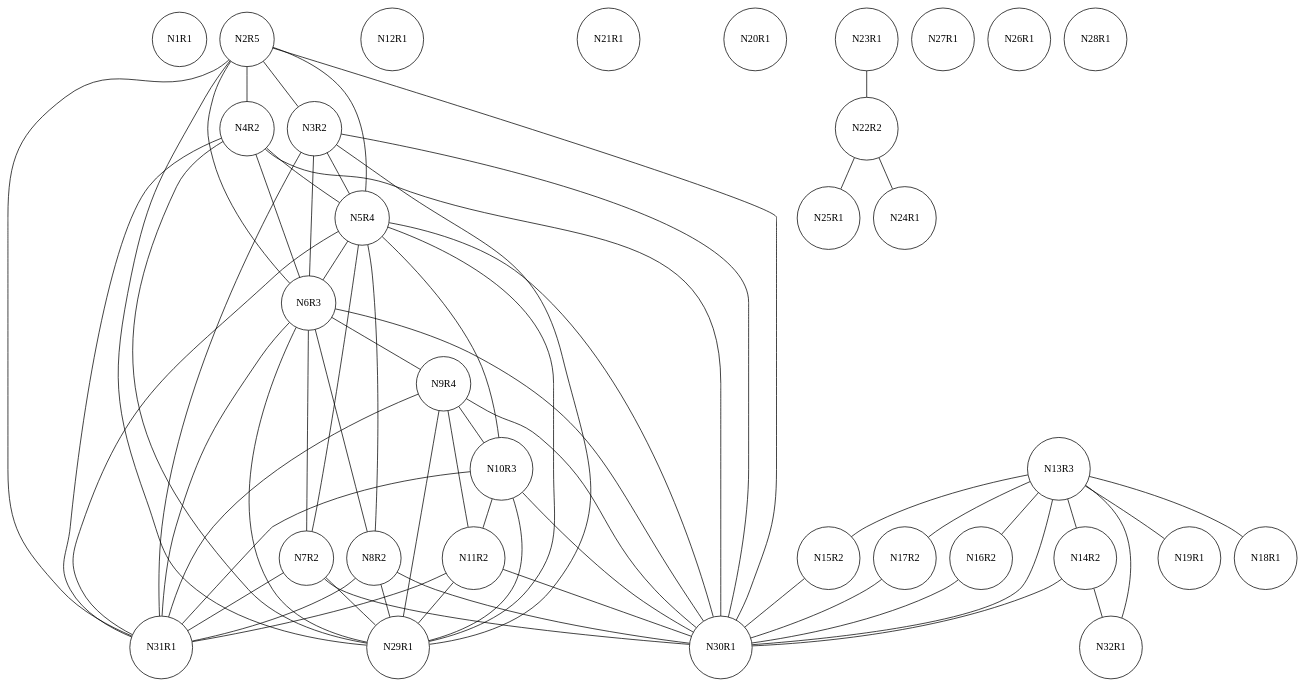
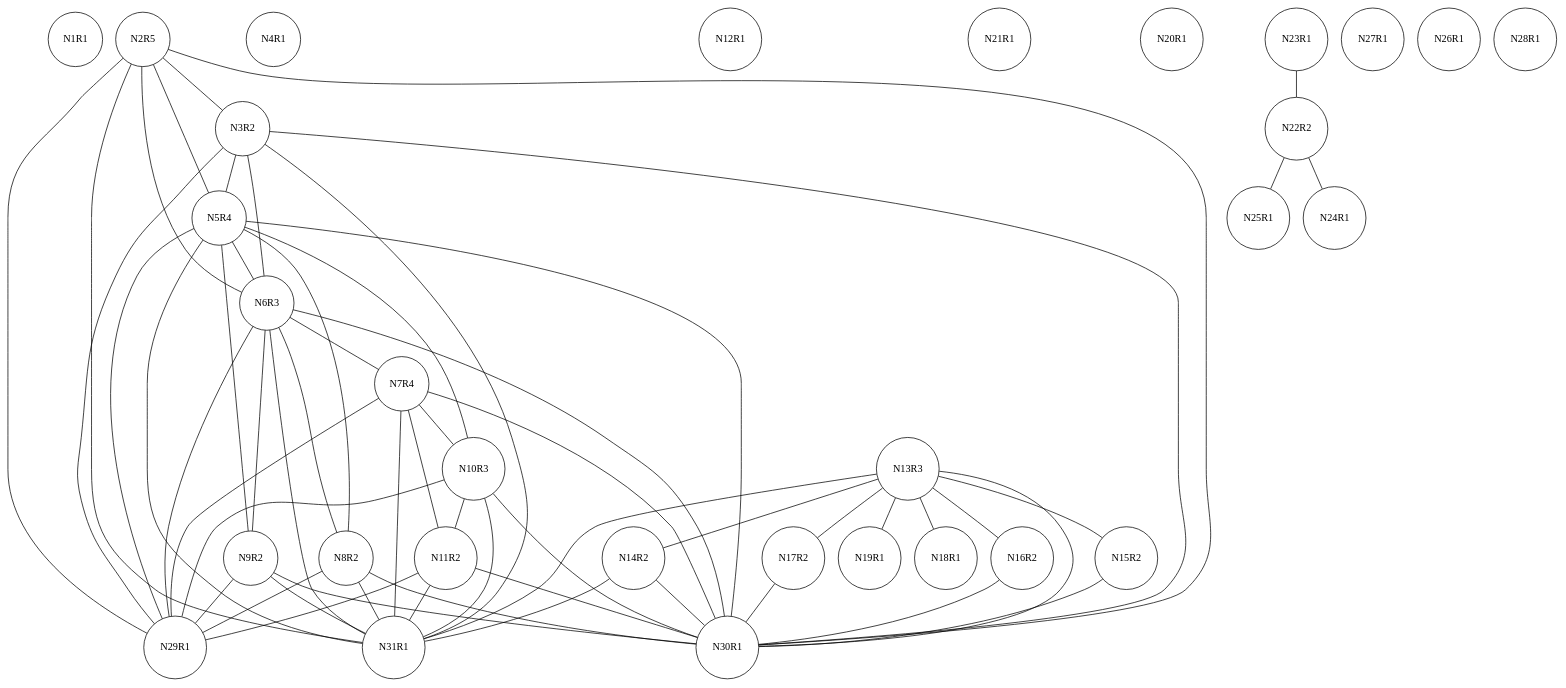
One commit to chris-wood/PL241-Compiler changed the diagram in project/factorial.txt.ig.dot. Above: the diagram before and after it, drawn with Graphviz. The commit also changed 34 other files, not shown here.

```diff
--- a/project/factorial.txt.ig.dot
+++ b/project/factorial.txt.ig.dot
@@ -1,99 +1,92 @@
 graph ig {
     node [shape = circle];
     N1R1;
     N2R5;
     N3R2;
-    N4R2;
+    N4R1;
     N5R4;
     N6R3;
-    N7R2;
+    N7R4;
     N8R2;
-    N9R4;
+    N9R2;
     N10R3;
     N11R2;
     N12R1;
     N13R3;
     N14R2;
     N15R2;
     N17R2;
     N16R2;
     N19R1;
     N18R1;
     N21R1;
     N20R1;
     N23R1;
     N22R2;
     N25R1;
     N24R1;
     N27R1;
     N26R1;
     N29R1;
     N28R1;
     N31R1;
     N30R1;
-    N32R1;
-    N2R5 -- N4R2;
     N2R5 -- N3R2;
+    N2R5 -- N6R3;
+    N2R5 -- N5R4;
+    N2R5 -- N29R1;
     N2R5 -- N31R1;
-    N2R5 -- N6R3;
-    N2R5 -- N29R1;
-    N2R5 -- N5R4;
     N2R5 -- N30R1;
+    N3R2 -- N6R3;
+    N3R2 -- N5R4;
+    N3R2 -- N29R1;
     N3R2 -- N31R1;
-    N3R2 -- N6R3;
-    N3R2 -- N29R1;
-    N3R2 -- N5R4;
     N3R2 -- N30R1;
-    N4R2 -- N31R1;
-    N4R2 -- N6R3;
-    N4R2 -- N29R1;
-    N4R2 -- N5R4;
-    N4R2 -- N30R1;
     N5R4 -- N10R3;
+    N5R4 -- N9R2;
     N5R4 -- N8R2;
-    N5R4 -- N7R2;
     N5R4 -- N6R3;
+    N5R4 -- N29R1;
     N5R4 -- N31R1;
-    N5R4 -- N29R1;
     N5R4 -- N30R1;
-    N6R3 -- N9R4;
+    N6R3 -- N7R4;
+    N6R3 -- N9R2;
     N6R3 -- N8R2;
-    N6R3 -- N7R2;
+    N6R3 -- N29R1;
     N6R3 -- N31R1;
-    N6R3 -- N29R1;
     N6R3 -- N30R1;
-    N7R2 -- N31R1;
-    N7R2 -- N29R1;
-    N7R2 -- N30R1;
+    N7R4 -- N11R2;
+    N7R4 -- N10R3;
+    N7R4 -- N29R1;
+    N7R4 -- N30R1;
+    N7R4 -- N31R1;
     N8R2 -- N29R1;
+    N8R2 -- N31R1;
     N8R2 -- N30R1;
-    N8R2 -- N31R1;
-    N9R4 -- N11R2;
-    N9R4 -- N10R3;
-    N9R4 -- N29R1;
-    N9R4 -- N30R1;
-    N9R4 -- N31R1;
+    N9R2 -- N29R1;
+    N9R2 -- N30R1;
+    N9R2 -- N31R1;
     N10R3 -- N11R2;
     N10R3 -- N29R1;
+    N10R3 -- N30R1;
     N10R3 -- N31R1;
-    N10R3 -- N30R1;
-    N11R2 -- N31R1;
     N11R2 -- N29R1;
     N11R2 -- N30R1;
+    N11R2 -- N31R1;
     N13R3 -- N19R1;
     N13R3 -- N18R1;
     N13R3 -- N17R2;
     N13R3 -- N16R2;
     N13R3 -- N15R2;
-    N13R3 -- N32R1;
+    N13R3 -- N31R1;
     N13R3 -- N30R1;
     N13R3 -- N14R2;
-    N14R2 -- N32R1;
+    N14R2 -- N31R1;
     N14R2 -- N30R1;
     N15R2 -- N30R1;
     N17R2 -- N30R1;
     N16R2 -- N30R1;
     N23R1 -- N22R2;
     N22R2 -- N25R1;
     N22R2 -- N24R1;
 }
```
